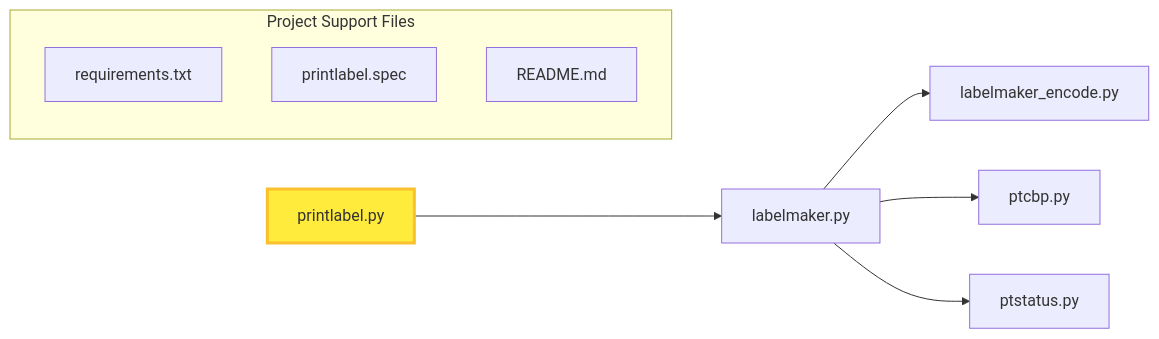
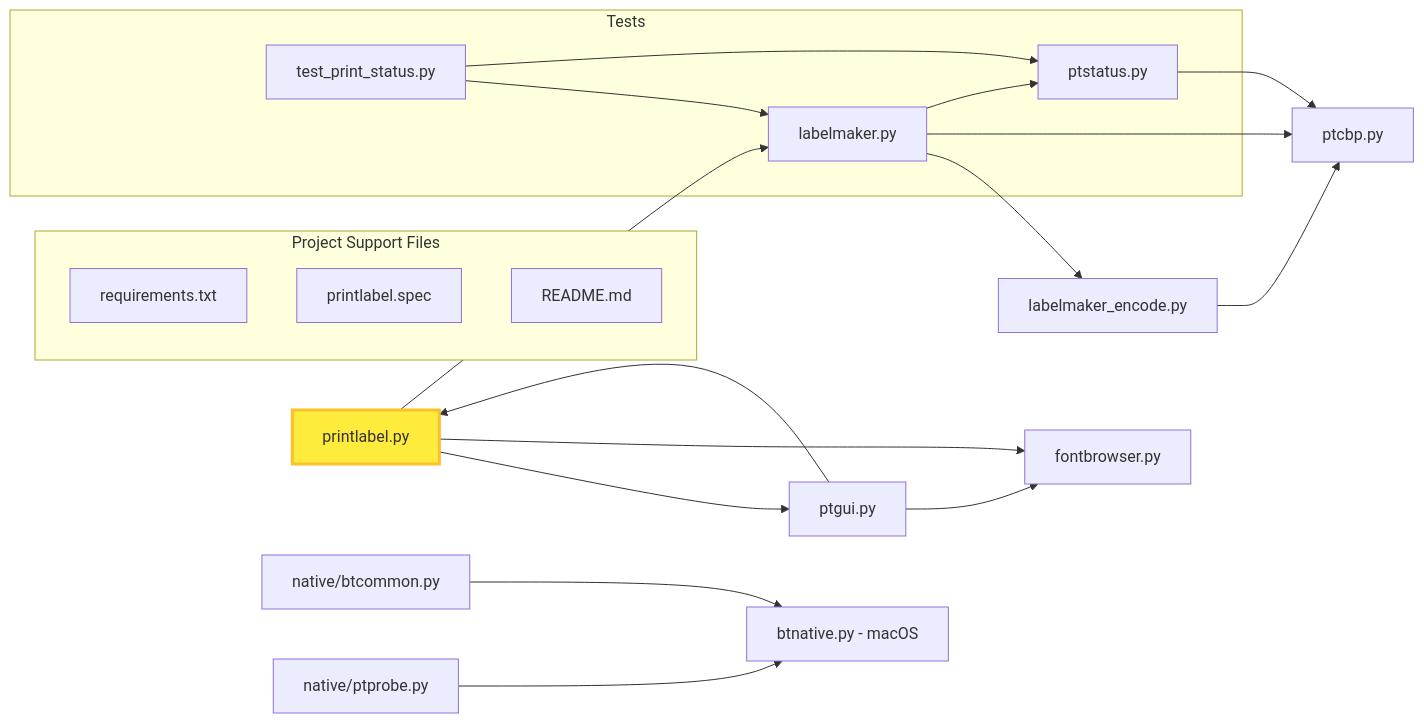
The diagram in README.md (Ircama/PT-P300BT), drawn with Mermaid before and after one commit. The commit also changed other lines of this file, not shown here.

First line of the commit message:
doc: update code dependency structure graph

````diff
--- a/README.md
+++ b/README.md
@@ -264,15 +264,28 @@
 ```mermaid
 graph LR
     printlabel.py:::highlight --> labelmaker.py
+    printlabel.py --> ptgui.py
+    printlabel.py --> fontbrowser.py
     labelmaker.py --> labelmaker_encode.py
     labelmaker.py --> ptcbp.py
     labelmaker.py --> ptstatus.py
+    ptgui.py --> printlabel.py
+    ptgui.py --> fontbrowser.py
+    labelmaker_encode.py --> ptcbp.py
+    ptstatus.py --> ptcbp.py
+    native/btcommon.py --> native/btnative.py[btnative.py - macOS]
+    native/ptprobe.py --> native/btnative.py[btnative.py - macOS]
 
     subgraph Project_Support_Files[Project Support Files]
         requirements[requirements.txt]
         spec[printlabel.spec]
         readme[README.md]
     end
 
+    subgraph Tests[Tests]
+        test_print_status.py --> labelmaker.py
+        test_print_status.py --> ptstatus.py
+    end
+
     classDef highlight fill:#ffeb3b,stroke:#fbc02d,stroke-width:3px;
 ```
````
